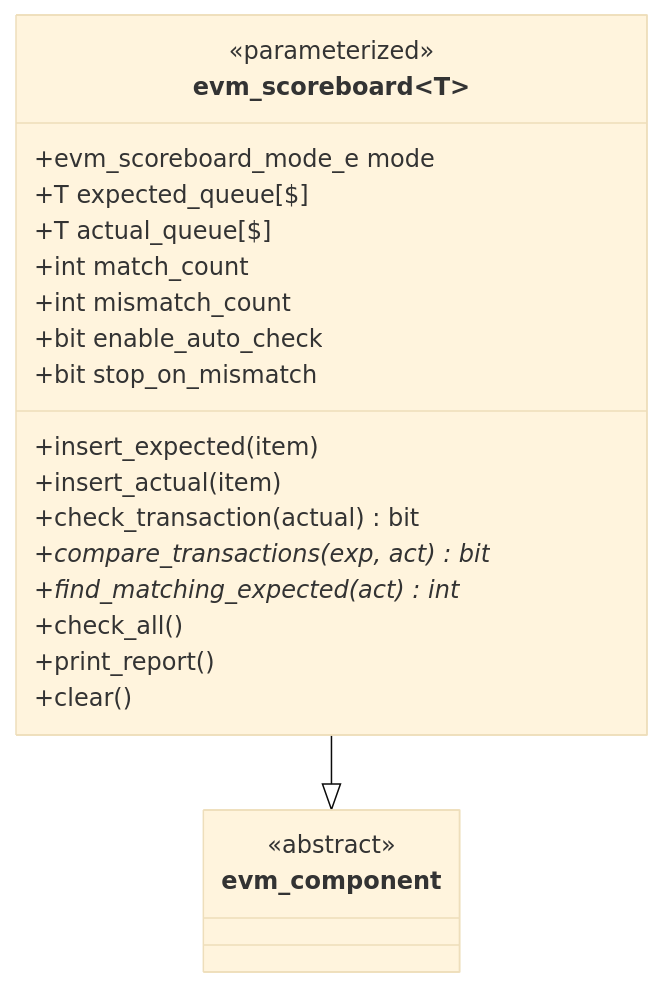
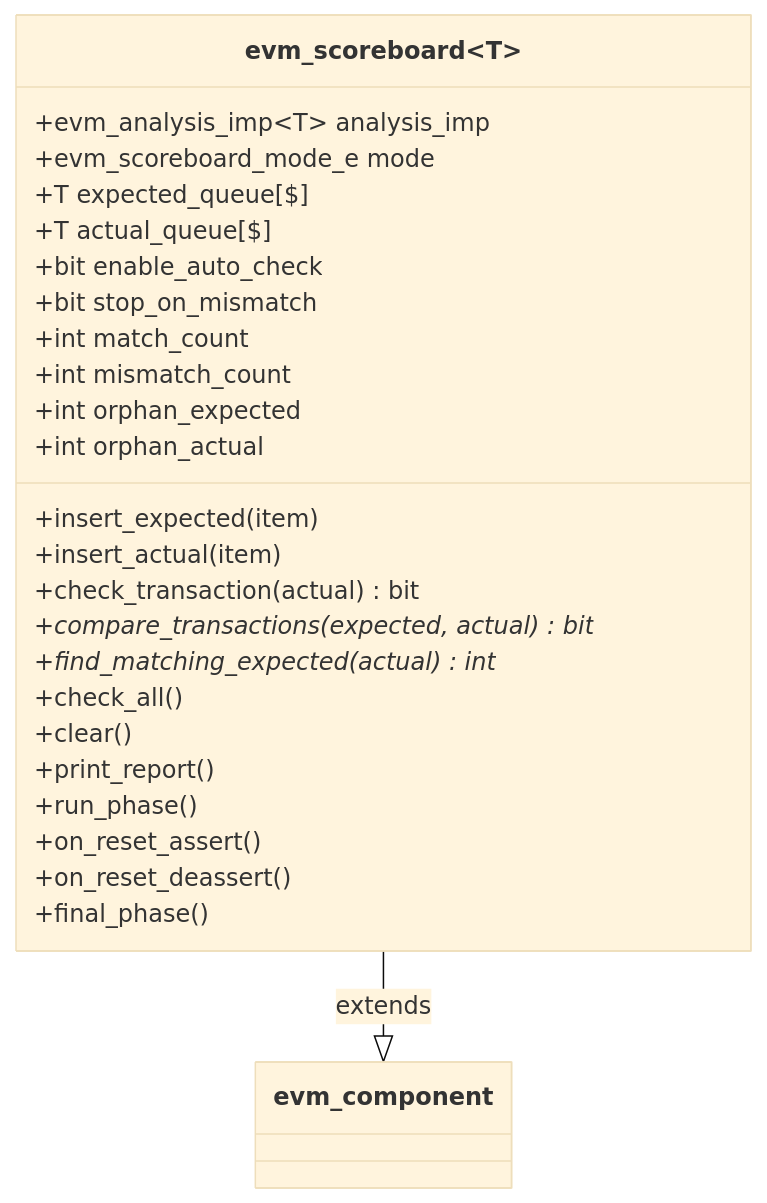
The first of 8 diagrams in vkit/docs/uml/03_utilities.md (DifferentialAudioInc/evm-sv), drawn with Mermaid (base theme) before and after one commit. The commit also changed other lines of this file and 133 other files, not shown here.

````diff
--- a/vkit/docs/uml/03_utilities.md
+++ b/vkit/docs/uml/03_utilities.md
@@ -37,27 +10,29 @@
 ```mermaid
 classDiagram
-    class evm_component {
-        <<abstract>>
-    }
-    
     class evm_scoreboard~T~ {
-        <<parameterized>>
+        +evm_analysis_imp~T~ analysis_imp
         +evm_scoreboard_mode_e mode
         +T expected_queue[$]
         +T actual_queue[$]
+        +bit enable_auto_check
+        +bit stop_on_mismatch
         +int match_count
         +int mismatch_count
-        +bit enable_auto_check
-        +bit stop_on_mismatch
+        +int orphan_expected
+        +int orphan_actual
         +insert_expected(item)
         +insert_actual(item)
         +check_transaction(actual) bit
-        +compare_transactions(exp, act)* bit
-        +find_matching_expected(act)* int
+        +compare_transactions(expected, actual) bit*
+        +find_matching_expected(actual) int*
         +check_all()
+        +clear()
         +print_report()
-        +clear()
+        +run_phase()
+        +on_reset_assert()
+        +on_reset_deassert()
+        +final_phase()
     }
-    
-    evm_scoreboard --|> evm_component
+
+    evm_scoreboard --|> evm_component : extends
 ```
````
